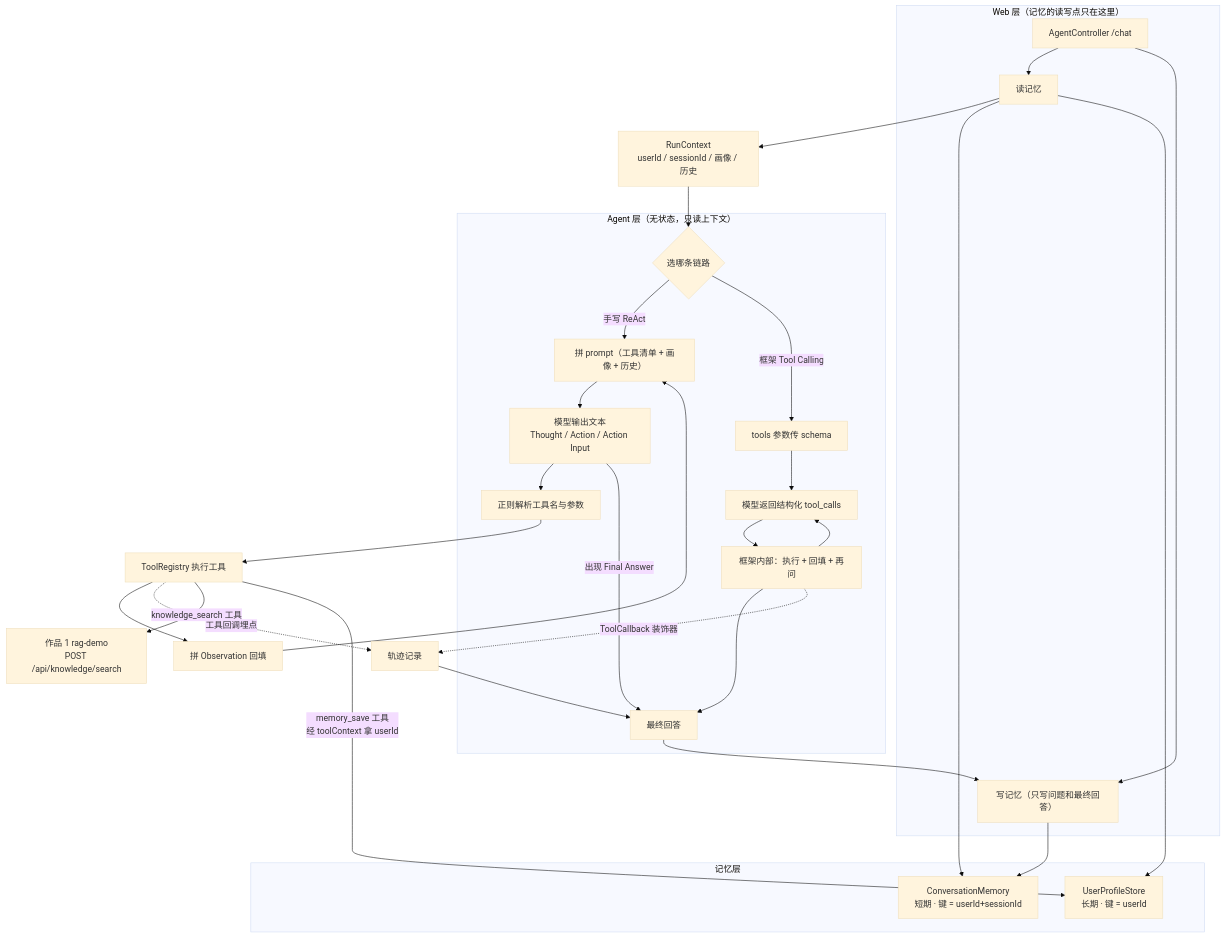
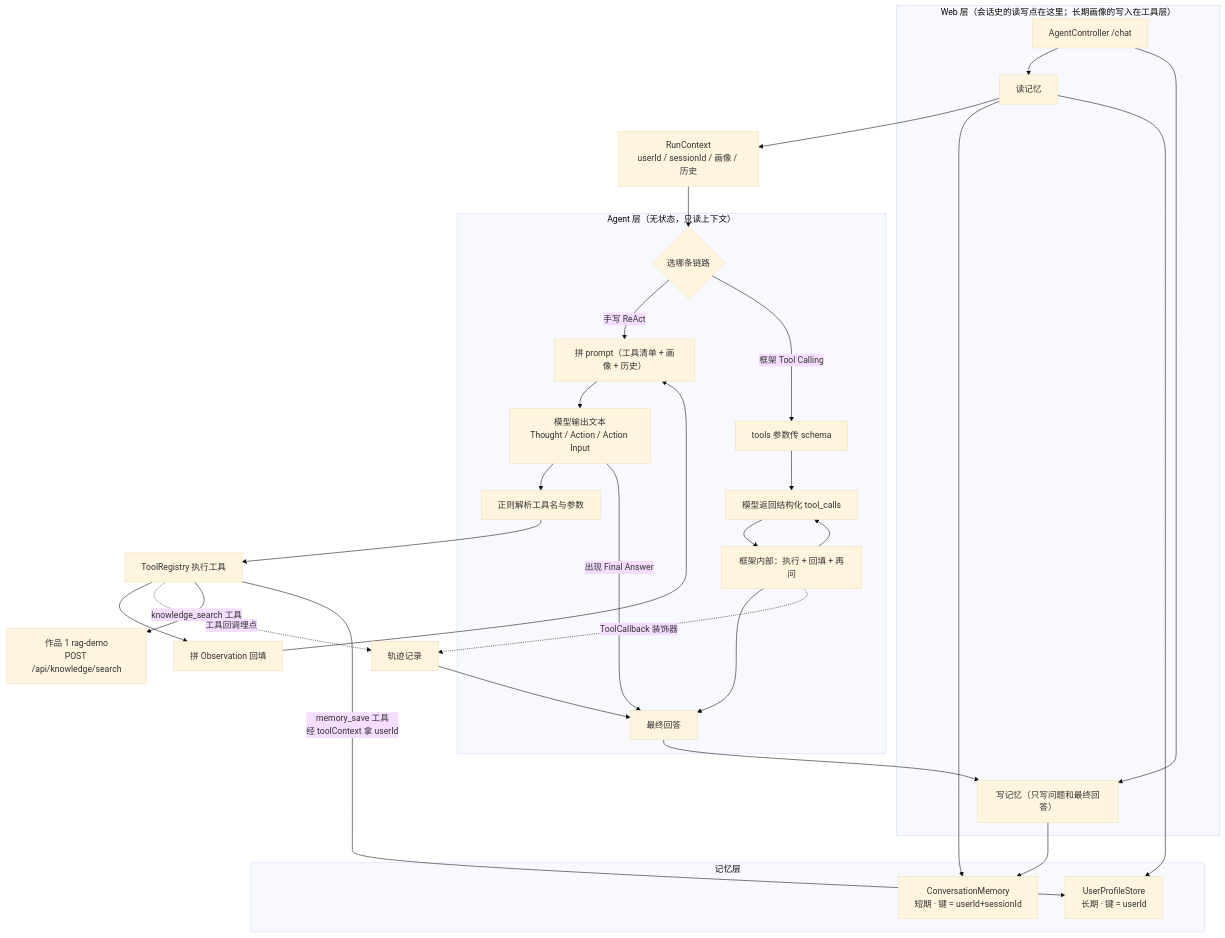
Before and after one commit to yzf-king/agent-demo: the diagram in README.md, drawn with Mermaid (base theme). The commit also changed other lines of this file, not shown here.

First line of the commit message:
docs: README 修四处事实性错误（工具数 / 架构图说明 / 悬空引用 / 并发局限）

````diff
--- a/README.md
+++ b/README.md
@@ -36,41 +36,41 @@
 ```mermaid
 flowchart TB
-    subgraph WEB["Web 层（记忆的读写点只在这里）"]
+    subgraph WEB["Web 层（会话史的读写点在这里；长期画像的写入在工具层）"]
         C["AgentController /chat"] --> RD["读记忆"]
         C --> WR["写记忆（只写问题和最终回答）"]
     end
     RD --> CTX["RunContext<br/>userId / sessionId / 画像 / 历史"]
 
     subgraph AG["Agent 层（无状态，只读上下文）"]
         A{"选哪条链路"}
         A -->|手写 ReAct| R1["拼 prompt（工具清单 + 画像 + 历史）"]
         R1 --> M1["模型输出文本<br/>Thought / Action / Action Input"]
         M1 --> P["正则解析工具名与参数"]
         M1 -->|出现 Final Answer| F["最终回答"]
         A -->|框架 Tool Calling| R2["tools 参数传 schema"]
         R2 --> M2["模型返回结构化 tool_calls"]
         M2 --> F2["框架内部：执行 + 回填 + 再问"]
         F2 --> M2
         F2 --> F
     end
 
     CTX --> A
     P --> T1["ToolRegistry 执行工具"]
     T1 --> O1["拼 Observation 回填"]
     O1 --> R1
     F2 -.->|ToolCallback 装饰器| TR["轨迹记录"]
     T1 -.->|工具回调埋点| TR
     TR --> F
     F --> WR
 
     subgraph MEM["记忆层"]
         M_S["ConversationMemory<br/>短期 · 键 = userId+sessionId"]
         M_L["UserProfileStore<br/>长期 · 键 = userId"]
     end
     RD --> M_S
     RD --> M_L
     WR --> M_S
 
     T1 -->|"knowledge_search 工具"| RAG["作品 1 rag-demo<br/>POST /api/knowledge/search"]
     T1 -->|"memory_save 工具<br/>经 toolContext 拿 userId"| M_L
 ```
````
